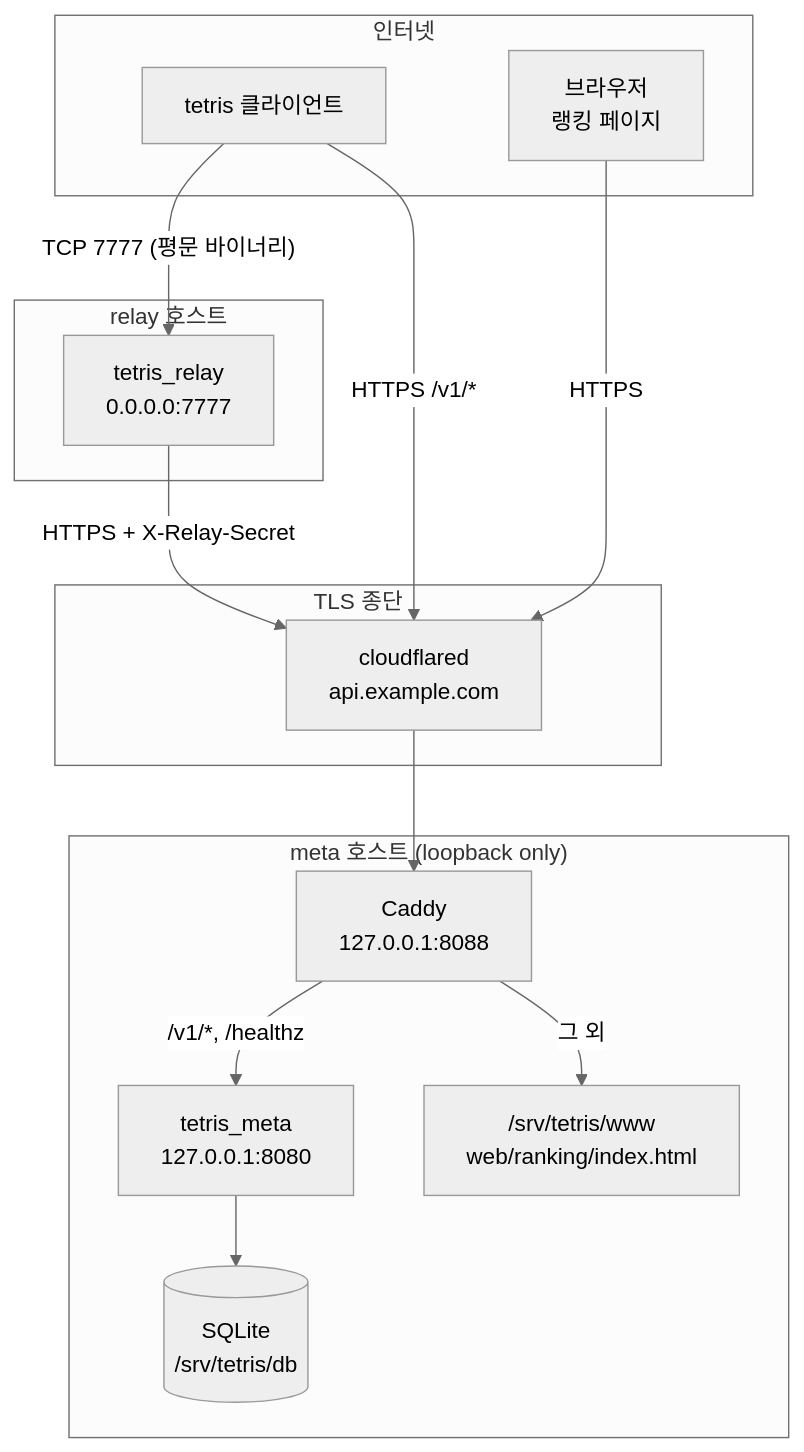
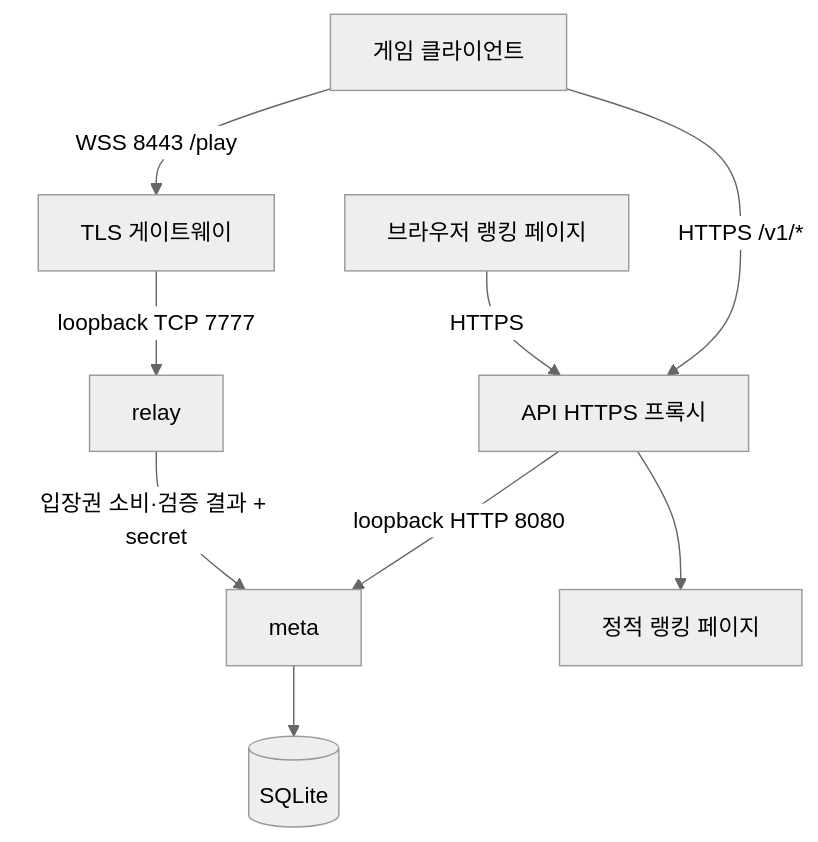
The third of 3 diagrams in docs/blog/part12-hardening-and-release.md (Rein-ArXiv/Tetris-Multiplayer-RL), drawn with Mermaid (neutral theme) before and after one commit. The commit also changed other lines of this file and 78 other files, not shown here.

````diff
--- a/docs/blog/part12-hardening-and-release.md
+++ b/docs/blog/part12-hardening-and-release.md
@@ -1139,27 +1170,12 @@
 ```mermaid
 graph TB
-    subgraph Internet["인터넷"]
-        C["tetris 클라이언트"]
-        B["브라우저<br/>랭킹 페이지"]
-    end
-    subgraph Edge["TLS 종단"]
-        CF["cloudflared<br/>api.example.com"]
-    end
-    subgraph Host["meta 호스트 (loopback only)"]
-        CD["Caddy<br/>127.0.0.1:8088"]
-        MT["tetris_meta<br/>127.0.0.1:8080"]
-        DB[("SQLite<br/>/srv/tetris/db")]
-        WWW["/srv/tetris/www<br/>web/ranking/index.html"]
-    end
-    subgraph VPS["relay 호스트"]
-        RL["tetris_relay<br/>0.0.0.0:7777"]
-    end
-    C -->|"TCP 7777 (평문 바이너리)"| RL
-    C -->|"HTTPS /v1/*"| CF
-    B -->|"HTTPS"| CF
-    RL -->|"HTTPS + X-Relay-Secret"| CF
-    CF --> CD
-    CD -->|"/v1/*, /healthz"| MT
-    CD -->|"그 외"| WWW
-    MT --> DB
+    C["게임 클라이언트"] -->|"WSS 8443 /play"| GW["TLS 게이트웨이"]
+    GW -->|"loopback TCP 7777"| RL["relay"]
+    C -->|"HTTPS /v1/*"| CF["API HTTPS 프록시"]
+    B["브라우저 랭킹 페이지"] -->|"HTTPS"| CF
+    CF -->|"loopback HTTP 8080"| MT["meta"]
+    CF --> WWW["정적 랭킹 페이지"]
+    RL -->|"입장권 소비·검증 결과 + secret"| MT
+    MT --> DB[("SQLite")]
+
 ```
````
